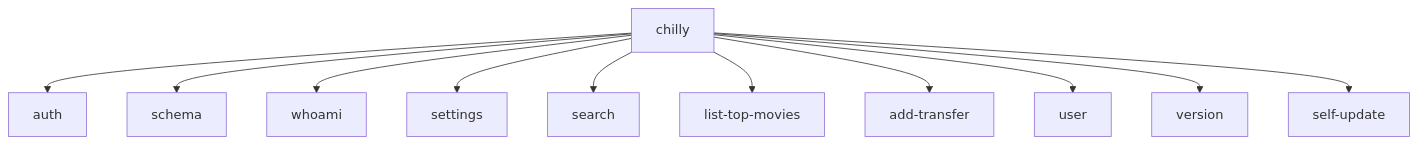
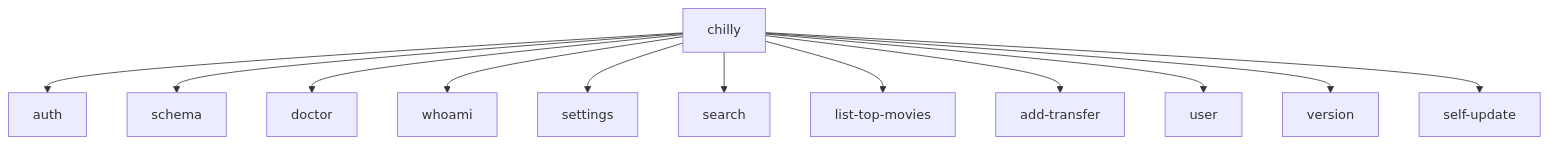
One commit to chill-institute/chill-institute-cli changed the second of 5 diagrams in docs/ARCHITECTURE.md. Above: the diagram before and after it, drawn with Mermaid. The commit also changed other lines of this file and 15 other files, not shown here.

````diff
--- a/docs/ARCHITECTURE.md
+++ b/docs/ARCHITECTURE.md
@@ -30,13 +30,14 @@
 ```mermaid
 graph TD
   Root["chilly"] --> Auth["auth"]
   Root --> Schema["schema"]
+  Root --> Doctor["doctor"]
   Root --> Whoami["whoami"]
   Root --> Settings["settings"]
   Root --> Search["search"]
   Root --> TopMovies["list-top-movies"]
   Root --> Transfer["add-transfer"]
   Root --> User["user"]
   Root --> Version["version"]
   Root --> SelfUpdate["self-update"]
 ```
````
